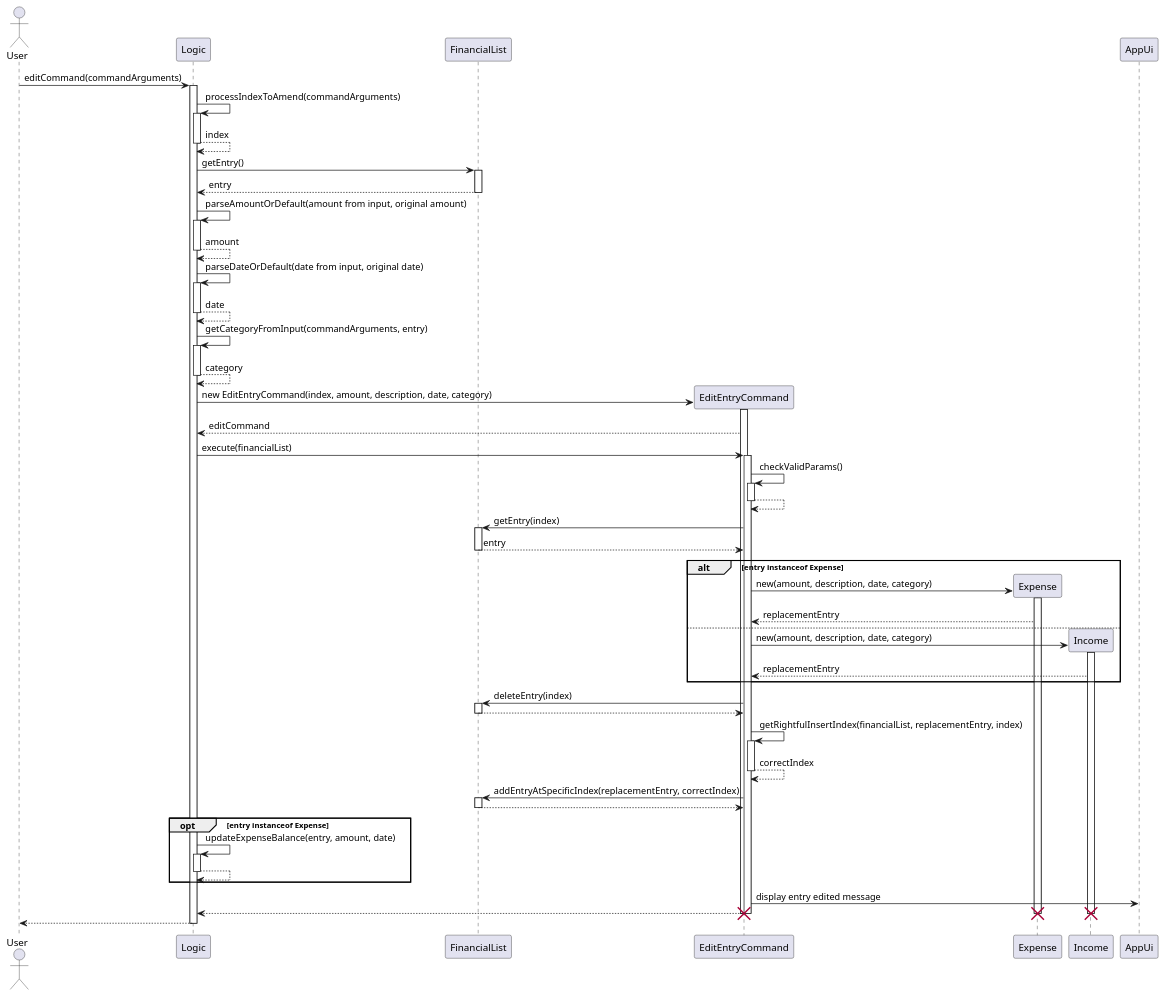
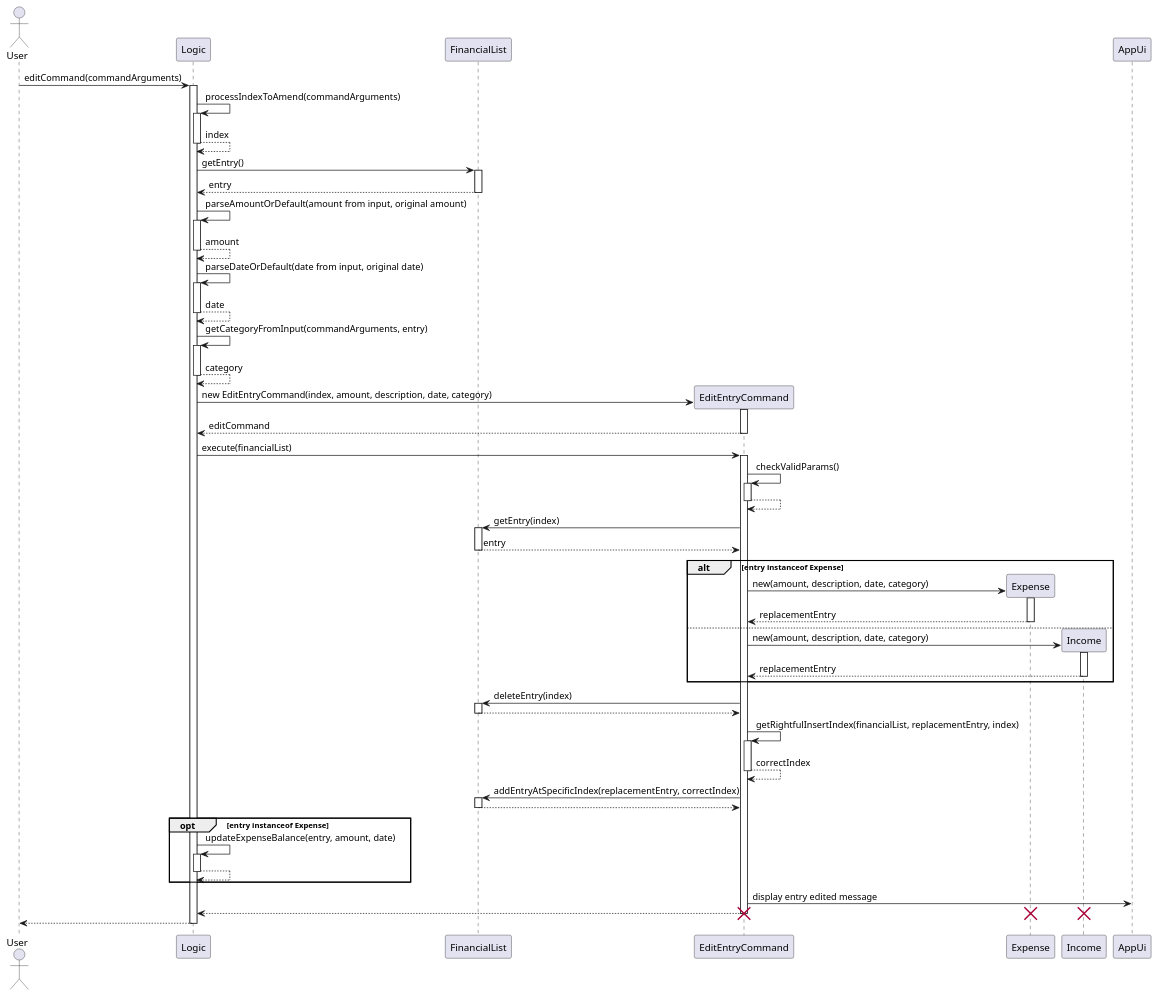
Before and after one commit to nus-cs2113-AY2425S1/tp: the diagram in docs/UML/editEntryCommandSequence.puml, drawn with PlantUML. The commit also changed 3 other files, not shown here.

Commit message:
UML sequence diagram update

```diff
--- a/docs/UML/editEntryCommandSequence.puml
+++ b/docs/UML/editEntryCommandSequence.puml
@@ -1,84 +1,84 @@
 @startuml
 
 actor  User
 
 participant Logic
 participant FinancialList
 
 
 User -> Logic: editCommand(commandArguments)
 activate Logic
 
 Logic -> Logic: processIndexToAmend(commandArguments)
 activate Logic
 return index
 
 Logic -> FinancialList: getEntry()
 activate FinancialList
 return entry
 
 Logic -> Logic: parseAmountOrDefault(amount from input, original amount)
 activate Logic
 return amount
 
 Logic -> Logic: parseDateOrDefault(date from input, original date)
 activate Logic
 return date
 
 Logic -> Logic: getCategoryFromInput(commandArguments, entry)
 activate Logic
 return category
 
 create EditEntryCommand
 Logic -> EditEntryCommand: new EditEntryCommand(index, amount, description, date, category)
 activate EditEntryCommand
-EditEntryCommand --> Logic: editCommand
+return editCommand
 
 Logic -> EditEntryCommand: execute(financialList)
 activate EditEntryCommand
 
 EditEntryCommand -> EditEntryCommand: checkValidParams()
 activate EditEntryCommand
 return
 
 EditEntryCommand -> FinancialList: getEntry(index)
 activate FinancialList
 return entry
 
 alt entry instanceof Expense
     Create Expense
     EditEntryCommand -> Expense: new(amount, description, date, category)
     activate Expense
-    Expense --> EditEntryCommand: replacementEntry
+    return replacementEntry
 else
     Create Income
     EditEntryCommand -> Income: new(amount, description, date, category)
     activate Income
-    Income --> EditEntryCommand: replacementEntry
+    return replacementEntry
 end
 EditEntryCommand -> FinancialList: deleteEntry(index)
 activate FinancialList
 return
 EditEntryCommand -> EditEntryCommand: getRightfulInsertIndex(financialList, replacementEntry, index)
 activate EditEntryCommand
 return correctIndex
 EditEntryCommand -> FinancialList: addEntryAtSpecificIndex(replacementEntry, correctIndex)
 activate FinancialList
 return
 opt entry instanceof Expense
     Logic -> Logic: updateExpenseBalance(entry, amount, date)
     activate Logic
     return
 end
 
 EditEntryCommand -> AppUi: display entry edited message
 
 EditEntryCommand --> Logic
 destroy Expense
 destroy Income
 deactivate EditEntryCommand
 destroy EditEntryCommand
 Logic --> User
 deactivate Logic
 
 @enduml
```
